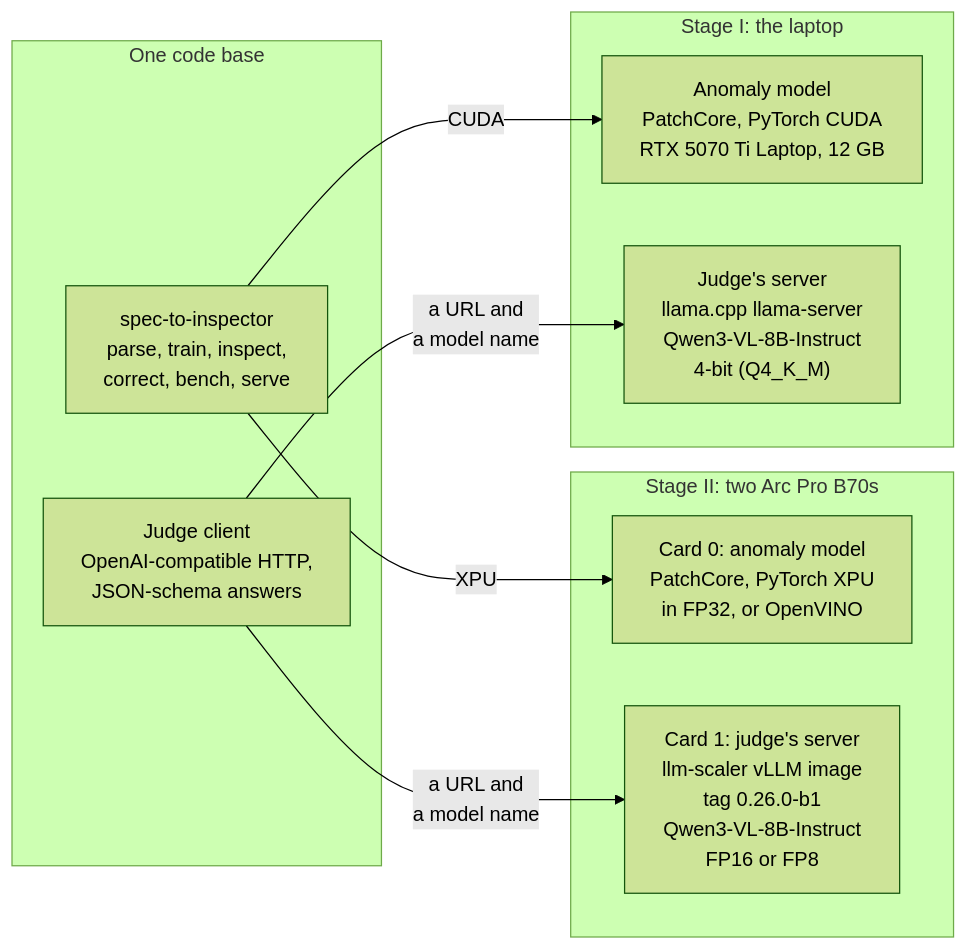
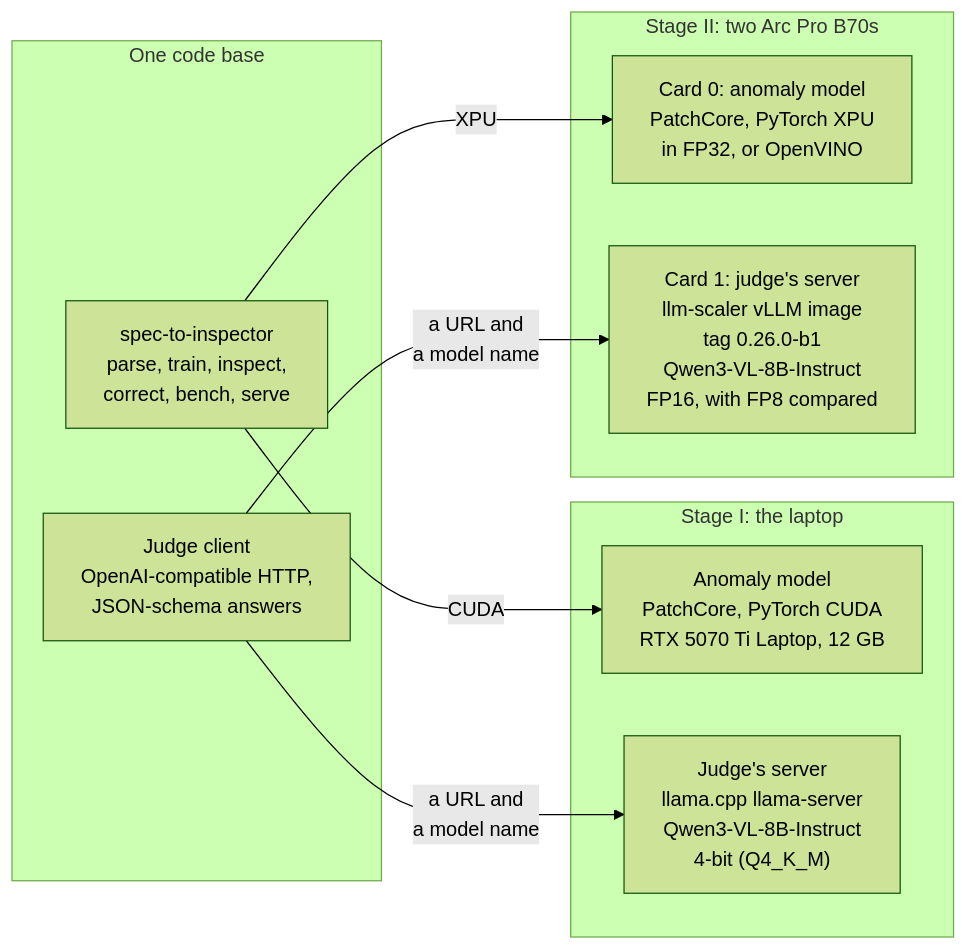
One commit to BrianIsaac/spec-to-inspector changed the second of 2 diagrams in README.md. Above: the diagram before and after it, drawn with Mermaid (forest theme). The commit also changed other lines of this file and 3 other files, not shown here.

First line of the commit message:
docs: README, architecture and third-party pages agree with the machine

````diff
--- a/README.md
+++ b/README.md
@@ -300,22 +305,22 @@
 ```mermaid
 flowchart LR
     subgraph code["One code base"]
         CLI["spec-to-inspector<br/>parse, train, inspect,<br/>correct, bench, serve"]
         CLIENT["Judge client<br/>OpenAI-compatible HTTP,<br/>JSON-schema answers"]
     end
 
-    subgraph b70["Stage II: two Arc Pro B70s"]
-        A2["Card 0: anomaly model<br/>PatchCore, PyTorch XPU<br/>in FP32, or OpenVINO"]
-        V2["Card 1: judge's server<br/>llm-scaler vLLM image<br/>tag 0.26.0-b1<br/>Qwen3-VL-8B-Instruct<br/>FP16 or FP8"]
-    end
-
     subgraph laptop["Stage I: the laptop"]
         A1["Anomaly model<br/>PatchCore, PyTorch CUDA<br/>RTX 5070 Ti Laptop, 12 GB"]
         V1["Judge's server<br/>llama.cpp llama-server<br/>Qwen3-VL-8B-Instruct<br/>4-bit (Q4_K_M)"]
+    end
+
+    subgraph b70["Stage II: two Arc Pro B70s"]
+        A2["Card 0: anomaly model<br/>PatchCore, PyTorch XPU<br/>in FP32, or OpenVINO"]
+        V2["Card 1: judge's server<br/>llm-scaler vLLM image<br/>tag 0.26.0-b1<br/>Qwen3-VL-8B-Instruct<br/>FP16, with FP8 compared"]
     end
 
     CLI -->|"XPU"| A2
     CLIENT -->|"a URL and<br/>a model name"| V2
     CLI -->|"CUDA"| A1
     CLIENT -->|"a URL and<br/>a model name"| V1
 ```
````
